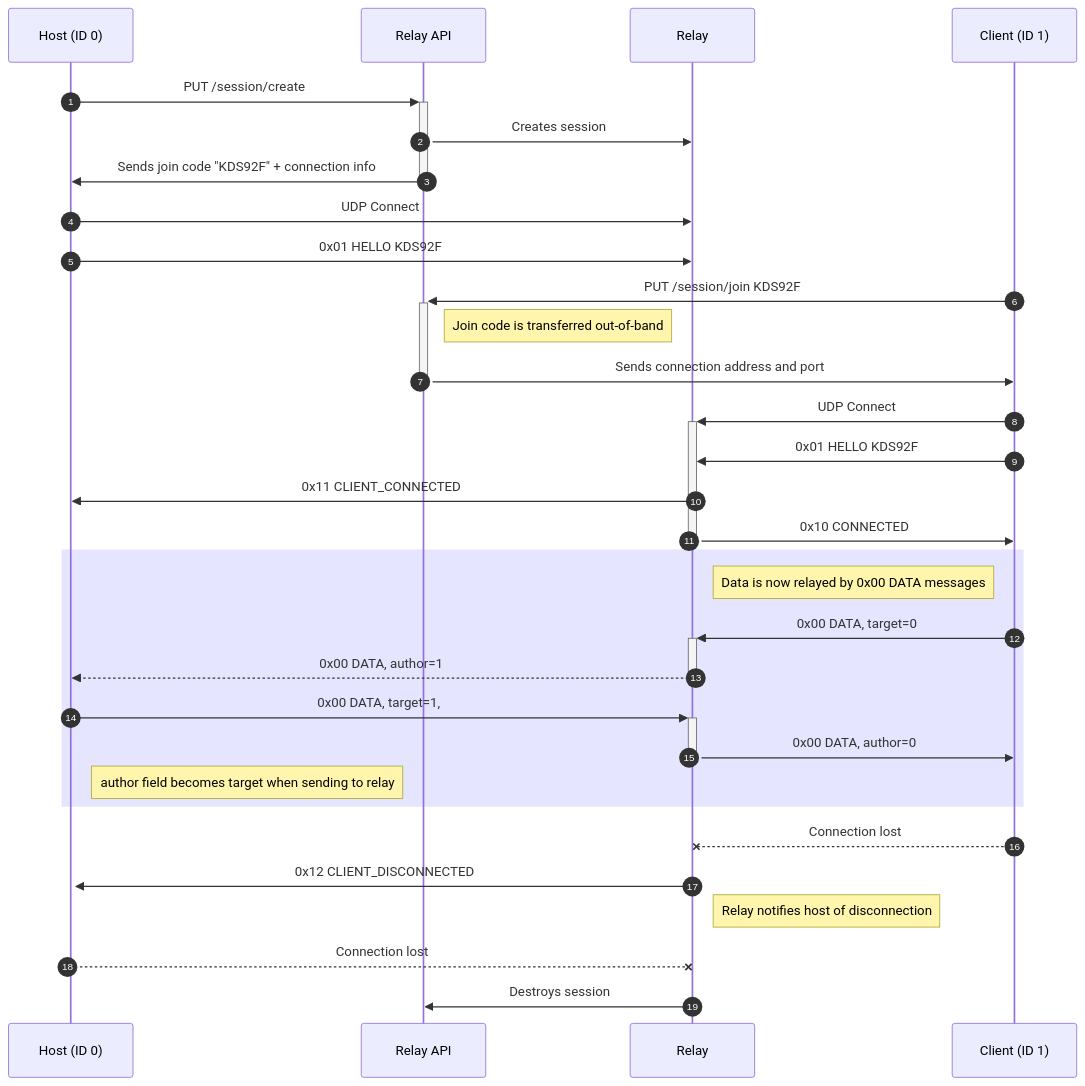
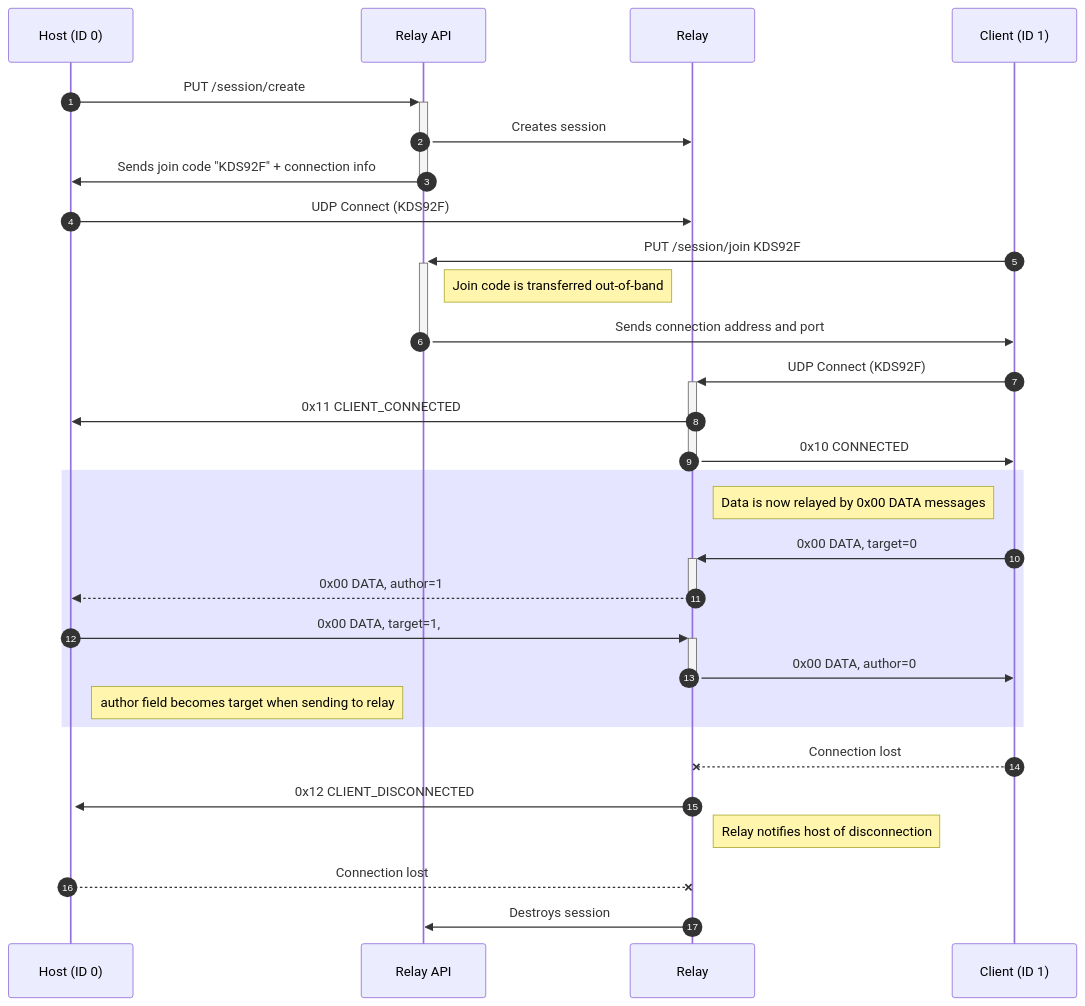
One commit to jacksonrakena/promul changed the diagram in README.md. Above: the diagram before and after it, drawn with Mermaid.

````diff
--- a/README.md
+++ b/README.md
@@ -25,34 +25,32 @@
 ```mermaid
 sequenceDiagram
     autonumber
     Host (ID 0)->>+Relay API: PUT /session/create
     Relay API->>Relay: Creates session
     Relay API->>-Host (ID 0): Sends join code "KDS92F" + connection info
     
-    Host (ID 0)->>Relay: UDP Connect
-    Host (ID 0)->>Relay: 0x01 HELLO KDS92F
+    Host (ID 0)->>Relay: UDP Connect (KDS92F)
     Client (ID 1)->>+Relay API: PUT /session/join KDS92F
     note right of Relay API: Join code is transferred out-of-band
     Relay API->>-Client (ID 1): Sends connection address and port
 
-    Client (ID 1)->>+Relay: UDP Connect
-    Client (ID 1)->>Relay: 0x01 HELLO KDS92F
+    Client (ID 1)->>+Relay: UDP Connect (KDS92F)
     Relay->>Host (ID 0): 0x11 CLIENT_CONNECTED
     Relay->>-Client (ID 1): 0x10 CONNECTED
 
     rect rgba(0, 0, 255, .1)
             note right of Relay: Data is now relayed by 0x00 DATA messages
     Client (ID 1)->>+Relay: 0x00 DATA, target=0
     Relay-->>-Host (ID 0): 0x00 DATA, author=1
     Host (ID 0)->>+Relay: 0x00 DATA, target=1,
     Relay->>-Client (ID 1): 0x00 DATA, author=0
     note right of Host (ID 0): author field becomes target when sending to relay
     end
 
     Client (ID 1)--xRelay: Connection lost
     Relay->>+Host (ID 0): 0x12 CLIENT_DISCONNECTED
     note right of Relay: Relay notifies host of disconnection
     
     Host (ID 0)--xRelay: Connection lost
     Relay->>Relay API: Destroys session
 ```
````
